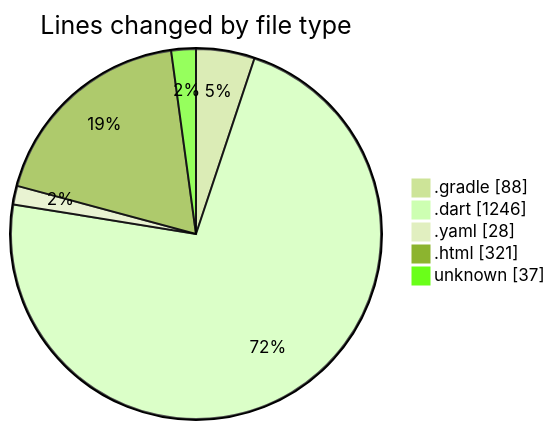
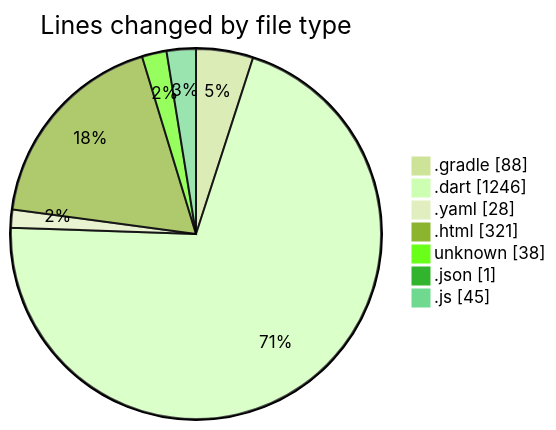
Before and after one commit to lephambinh05/code-tracking: the first of 2 diagrams in 2025-09-07/quanlylink/README.md, drawn with Mermaid (forest theme). The commit also changed other lines of this file and 1 other file, not shown here.

````diff
--- a/2025-09-07/quanlylink/README.md
+++ b/2025-09-07/quanlylink/README.md
@@ -32,9 +35,11 @@
 ```mermaid
 pie showData
 title Lines changed by file type
 ".gradle" : 88
 ".dart" : 1246
 ".yaml" : 28
 ".html" : 321
-"unknown" : 37
+"unknown" : 38
+".json" : 1
+".js" : 45
 ```
````
